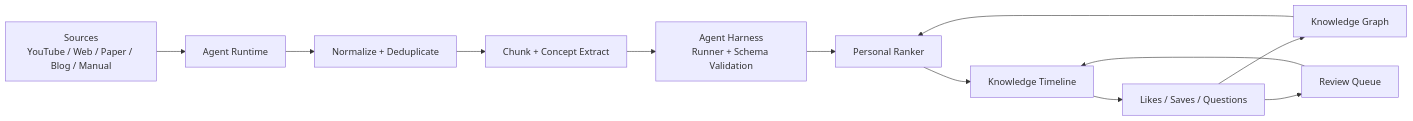
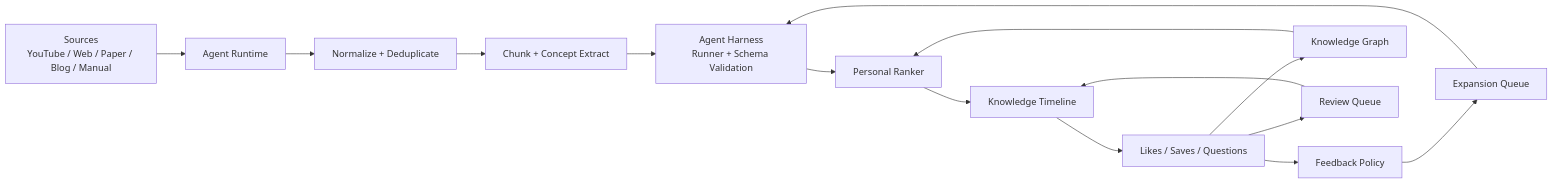
One commit to MaxGzLi/AItimeline changed the diagram in docs/architecture.md. Above: the diagram before and after it, drawn with Mermaid. The commit also changed other lines of this file and 6 other files, not shown here.

Commit message:
Add feedback expansion policy

````diff
--- a/docs/architecture.md
+++ b/docs/architecture.md
@@ -5,14 +5,17 @@
 ```mermaid
 flowchart LR
   Sources["Sources\nYouTube / Web / Paper / Blog / Manual"] --> Agent["Agent Runtime"]
   Agent --> Normalize["Normalize + Deduplicate"]
   Normalize --> Extract["Chunk + Concept Extract"]
   Extract --> Harness["Agent Harness\nRunner + Schema Validation"]
   Harness --> Rank["Personal Ranker"]
   Rank --> Timeline["Knowledge Timeline"]
   Timeline --> Signals["Likes / Saves / Questions"]
+  Signals --> Feedback["Feedback Policy"]
+  Feedback --> Expansion["Expansion Queue"]
   Signals --> Graph["Knowledge Graph"]
   Signals --> Review["Review Queue"]
+  Expansion --> Harness
   Graph --> Rank
   Review --> Timeline
 ```
````
